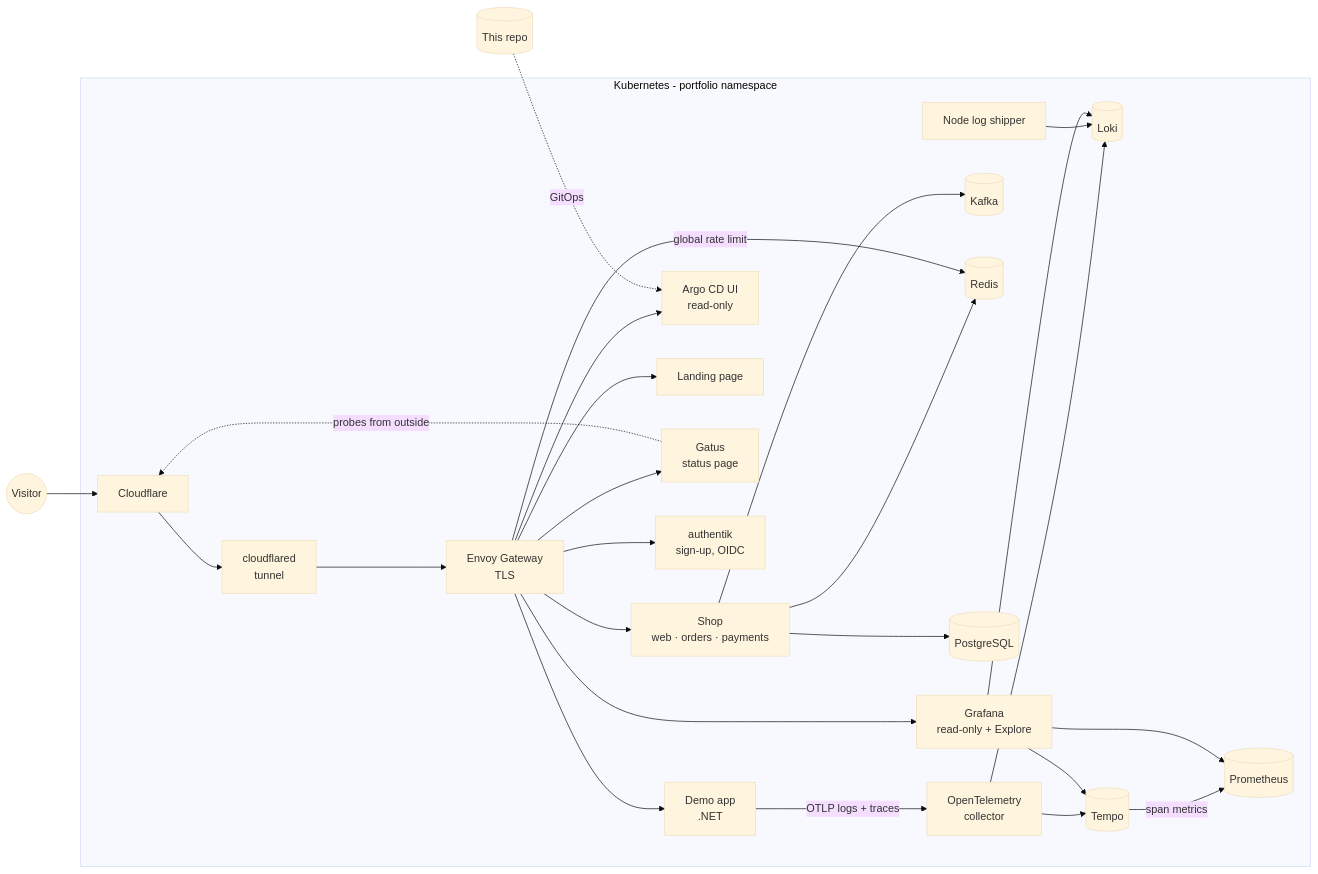
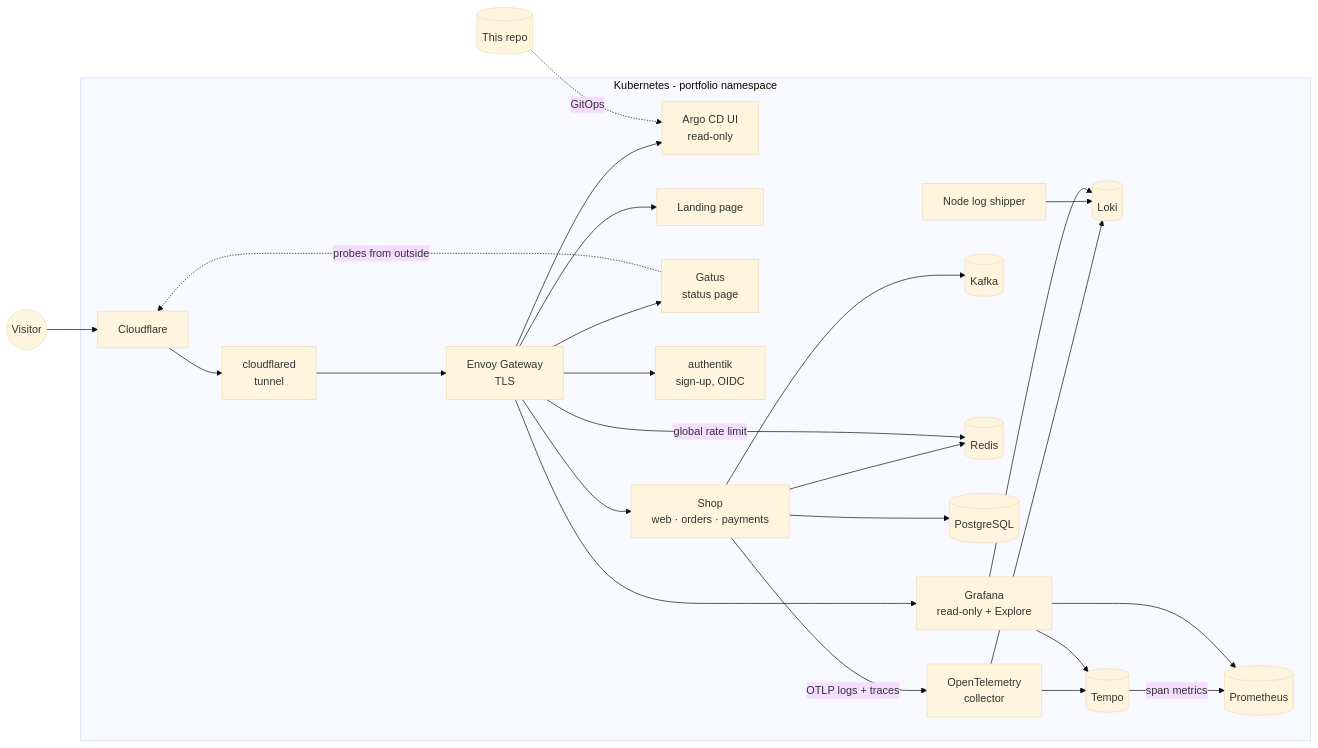
One commit to emersonhzulian/portfolio-platform changed the diagram in README.md. Above: the diagram before and after it, drawn with Mermaid (base theme). The commit also changed other lines of this file and 13 other files, not shown here.

````diff
--- a/README.md
+++ b/README.md
@@ -76,25 +76,24 @@
 ```mermaid
 flowchart LR
   visitor((Visitor)) --> cf[Cloudflare]
   cf --> tunnel[cloudflared<br/>tunnel]
   subgraph cluster [Kubernetes - portfolio namespace]
     tunnel --> gw[Envoy Gateway<br/>TLS]
     gw --> grafana[Grafana<br/>read-only + Explore]
-    gw --> demo[Demo app<br/>.NET]
     gw --> argocd[Argo CD UI<br/>read-only]
     gw --> landing[Landing page]
     gw --> status[Gatus<br/>status page]
     gw --> auth[authentik<br/>sign-up, OIDC]
     gw --> shop[Shop<br/>web · orders · payments]
     shop --> kafka[(Kafka)] & redis[(Redis)] & pg[(PostgreSQL)]
     gw -- global rate limit --> redis
     status -. probes from outside .-> cf
-    demo -- OTLP logs + traces --> otel[OpenTelemetry<br/>collector]
+    shop -- OTLP logs + traces --> otel[OpenTelemetry<br/>collector]
     otel --> loki[(Loki)]
     otel --> tempo[(Tempo)]
     tempo -- span metrics --> prom[(Prometheus)]
     nodes[Node log shipper] --> loki
     grafana --> prom & loki & tempo
   end
   git[(This repo)] -. GitOps .-> argocd
 ```
````
